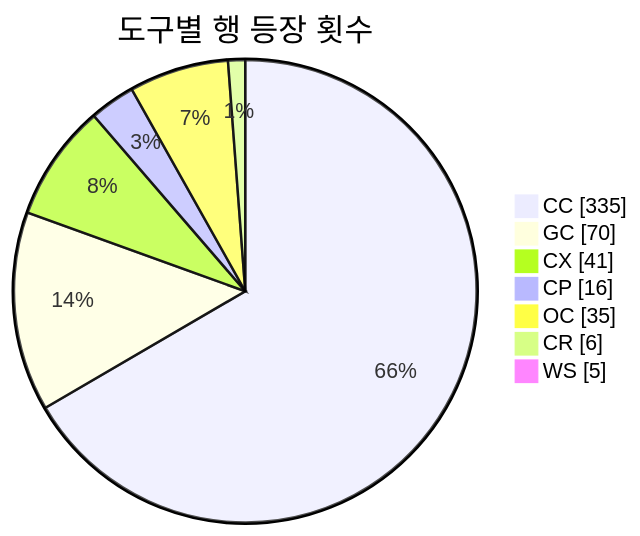
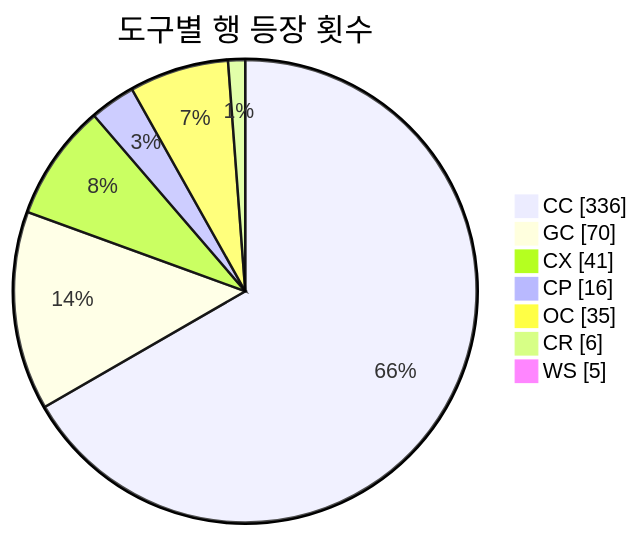
Before and after one commit to J-nowcow/awesome-korean-agent-skills: the second of 3 diagrams in README.md, drawn with Mermaid. The commit also changed other lines of this file and 3 other files, not shown here.

````diff
--- a/README.md
+++ b/README.md
@@ -193,11 +193,11 @@
 ```mermaid
 pie showData
     title 도구별 행 등장 횟수
-    "CC" : 335
+    "CC" : 336
     "GC" : 70
     "CX" : 41
     "CP" : 16
     "OC" : 35
     "CR" : 6
     "WS" : 5
 ```
````
